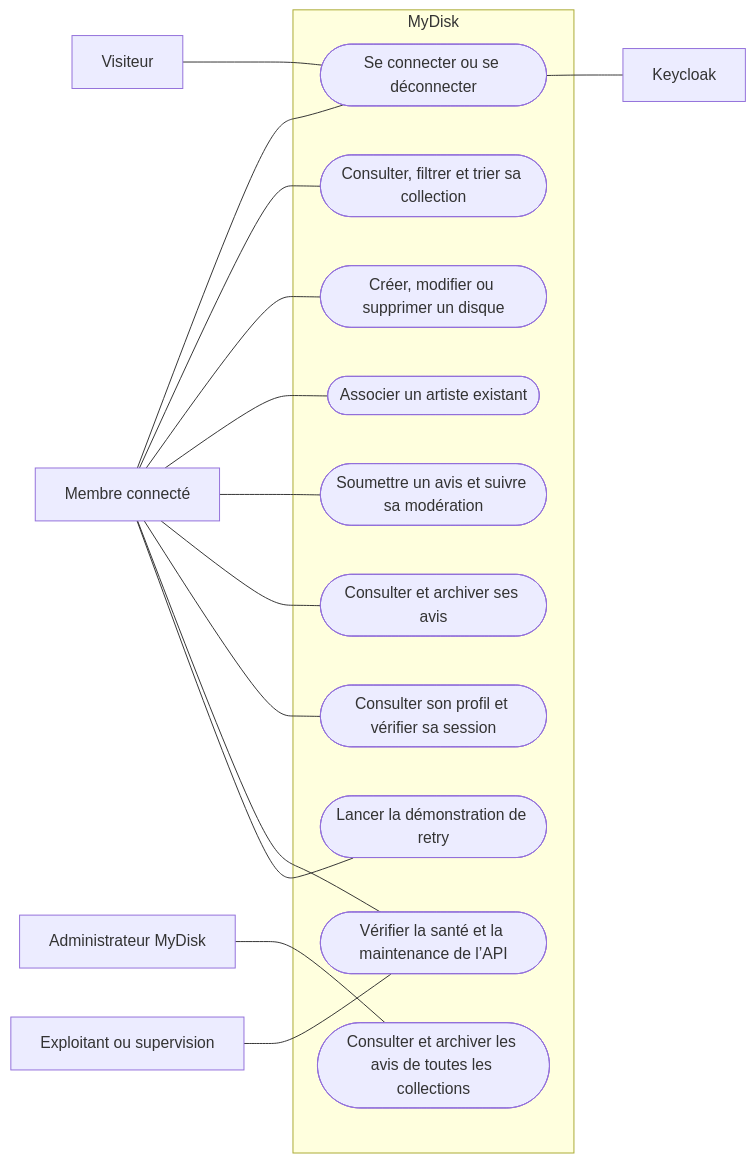
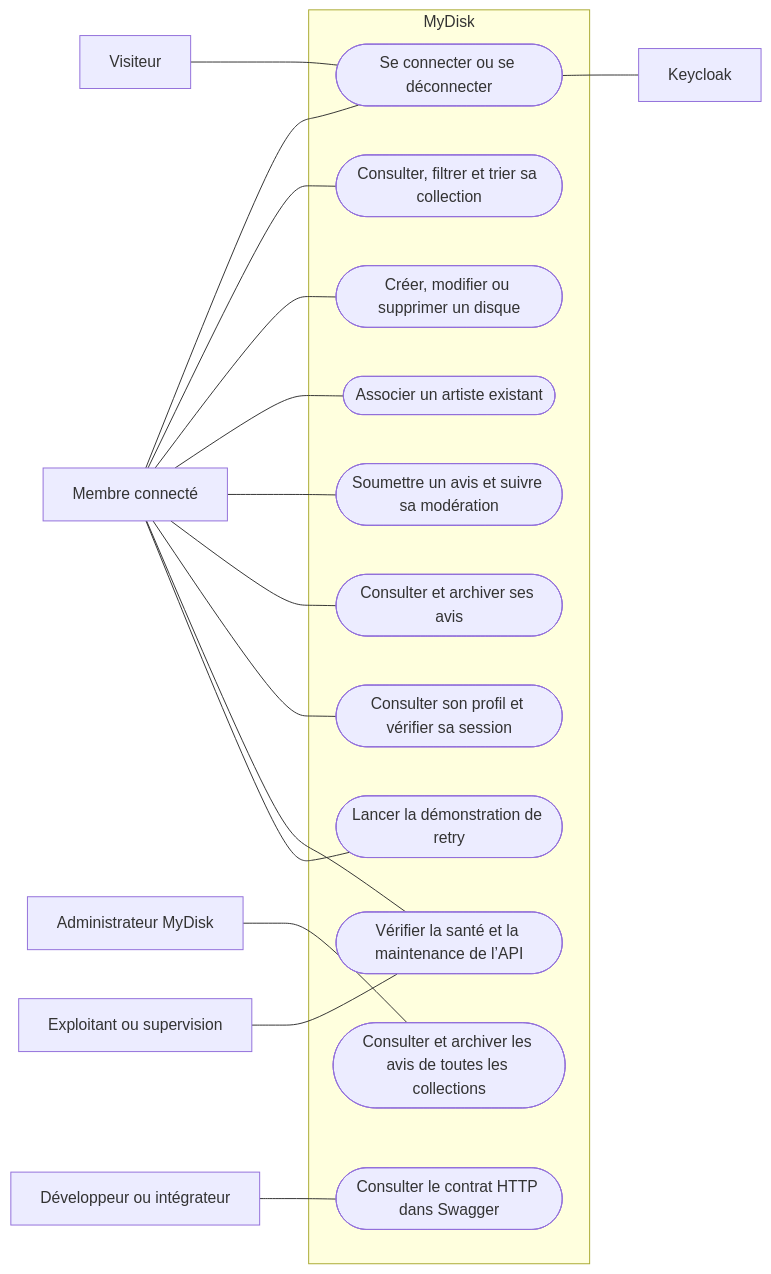
One commit to Fabian-Raeskinet/mydisk-api changed the first of 9 diagrams in docs/CAS-UTILISATION.md. Above: the diagram before and after it, drawn with Mermaid. The commit also changed other lines of this file and 2 other files, not shown here.

Commit message:
update architecture and usage documentation to include Grafana and clarify worker deployment on AKS

````diff
--- a/docs/CAS-UTILISATION.md
+++ b/docs/CAS-UTILISATION.md
@@ -15,35 +16,38 @@
 ```mermaid
 flowchart LR
     V["Visiteur"]
     M["Membre connecté"]
     A["Administrateur MyDisk"]
     O["Exploitant ou supervision"]
+    I["Développeur ou intégrateur"]
     K["Keycloak"]
 
     subgraph MyDisk
         S(["Se connecter ou se déconnecter"])
         C(["Consulter, filtrer et trier sa collection"])
         D(["Créer, modifier ou supprimer un disque"])
         R(["Associer un artiste existant"])
         N(["Soumettre un avis et suivre sa modération"])
         P(["Consulter et archiver ses avis"])
         Q(["Consulter et archiver les avis de toutes les collections"])
         U(["Consulter son profil et vérifier sa session"])
         H(["Vérifier la santé et la maintenance de l’API"])
         T(["Lancer la démonstration de retry"])
+        W(["Consulter le contrat HTTP dans Swagger"])
     end
 
     V --- S
     M --- S
     M --- C
     M --- D
     M --- R
     M --- N
     M --- P
     M --- U
     M --- H
     M --- T
     A --- Q
     O --- H
+    I --- W
     S --- K
 ```
````
